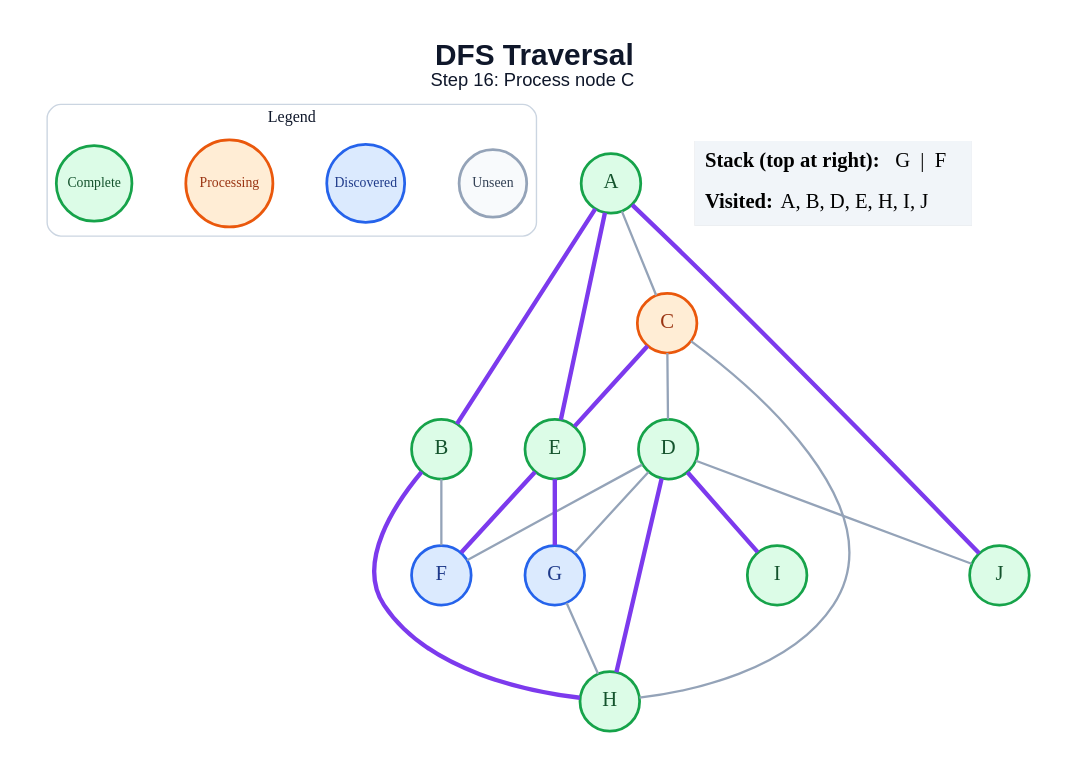
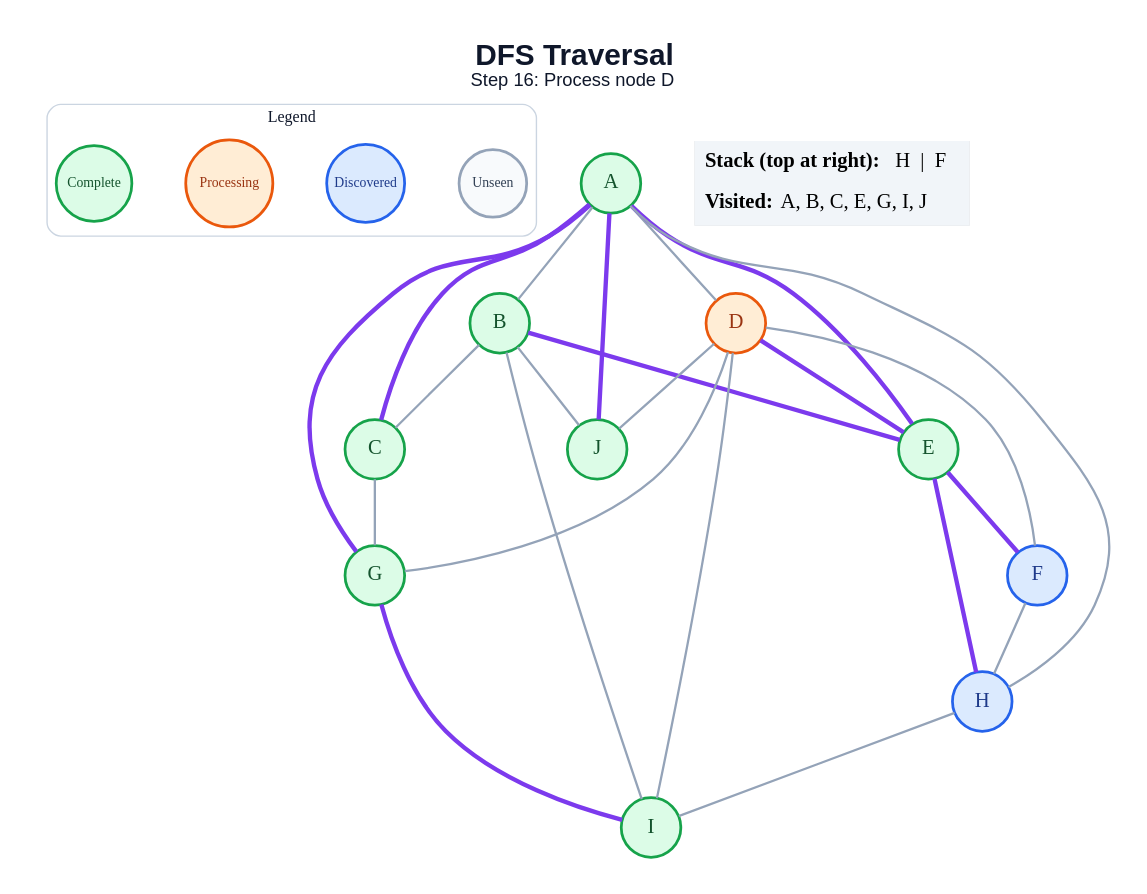
The diagram in generated/specific-node/dfs/step_16.dot (anon7238593-create/ai-slop), drawn with Graphviz before and after one commit. The commit also changed 171 other files, not shown here.

```diff
--- a/generated/specific-node/dfs/step_16.dot
+++ b/generated/specific-node/dfs/step_16.dot
@@ -1,46 +1,51 @@
 graph traversal {
   graph [layout=dot, rankdir=TB, bgcolor="#FFFFFF", pad="0.35", nodesep="0.65", ranksep="0.8", fontname="Arial"];
   node [shape=circle, style="filled", fontname="Arial Bold", fontsize=18, width=0.72, fixedsize=true, penwidth=2.4];
   edge [color="#94A3B8", penwidth=2.0];
-  label=<<B>DFS Traversal</B><BR/><FONT POINT-SIZE="16">Step 16: Process node C</FONT>>; labelloc="t"; fontsize=26; fontname="Arial"; fontcolor="#0F172A";
+  label=<<B>DFS Traversal</B><BR/><FONT POINT-SIZE="16">Step 16: Process node D</FONT>>; labelloc="t"; fontsize=26; fontname="Arial"; fontcolor="#0F172A";
   subgraph cluster_legend { label="Legend"; color="#CBD5E1"; penwidth=1.2; style="rounded"; fontsize=14; fontname="Arial Bold";
     key_unseen [label="Unseen", fillcolor="#F8FAFC", color="#94A3B8", fontcolor="#334155", fontsize=12, width=0.82];
     key_frontier [label="Discovered", fillcolor="#DBEAFE", color="#2563EB", fontcolor="#1E3A8A", fontsize=12, width=0.95];
     key_current [label="Processing", fillcolor="#FFEDD5", color="#EA580C", fontcolor="#9A3412", fontsize=12, width=1.05];
     key_done [label="Complete", fillcolor="#DCFCE7", color="#16A34A", fontcolor="#14532D", fontsize=12, width=0.92];
     { rank=same; key_unseen; key_frontier; key_current; key_done; }
   }
   A [fillcolor="#DCFCE7", color="#16A34A", fontcolor="#14532D"];
   B [fillcolor="#DCFCE7", color="#16A34A", fontcolor="#14532D"];
-  C [fillcolor="#FFEDD5", color="#EA580C", fontcolor="#9A3412"];
-  D [fillcolor="#DCFCE7", color="#16A34A", fontcolor="#14532D"];
+  C [fillcolor="#DCFCE7", color="#16A34A", fontcolor="#14532D"];
+  D [fillcolor="#FFEDD5", color="#EA580C", fontcolor="#9A3412"];
   E [fillcolor="#DCFCE7", color="#16A34A", fontcolor="#14532D"];
   F [fillcolor="#DBEAFE", color="#2563EB", fontcolor="#1E3A8A"];
-  G [fillcolor="#DBEAFE", color="#2563EB", fontcolor="#1E3A8A"];
-  H [fillcolor="#DCFCE7", color="#16A34A", fontcolor="#14532D"];
+  G [fillcolor="#DCFCE7", color="#16A34A", fontcolor="#14532D"];
+  H [fillcolor="#DBEAFE", color="#2563EB", fontcolor="#1E3A8A"];
   I [fillcolor="#DCFCE7", color="#16A34A", fontcolor="#14532D"];
   J [fillcolor="#DCFCE7", color="#16A34A", fontcolor="#14532D"];
-  A -- B [color="#7C3AED", penwidth=3.8];
-  A -- C;
+  A -- B;
+  A -- C [color="#7C3AED", penwidth=3.8];
+  A -- D;
   A -- E [color="#7C3AED", penwidth=3.8];
+  A -- G [color="#7C3AED", penwidth=3.8];
+  A -- H;
   A -- J [color="#7C3AED", penwidth=3.8];
-  B -- F;
-  B -- H [color="#7C3AED", penwidth=3.8];
-  C -- D;
-  C -- E [color="#7C3AED", penwidth=3.8];
-  C -- H;
+  B -- C;
+  B -- E [color="#7C3AED", penwidth=3.8];
+  B -- I;
+  B -- J;
+  C -- G;
+  D -- E [color="#7C3AED", penwidth=3.8];
   D -- F;
   D -- G;
-  D -- H [color="#7C3AED", penwidth=3.8];
-  D -- I [color="#7C3AED", penwidth=3.8];
+  D -- I;
   D -- J;
   E -- F [color="#7C3AED", penwidth=3.8];
-  E -- G [color="#7C3AED", penwidth=3.8];
-  G -- H;
+  E -- H [color="#7C3AED", penwidth=3.8];
+  F -- H;
+  G -- I [color="#7C3AED", penwidth=3.8];
+  H -- I;
   status [shape=plain, fixedsize=false, width=0, height=0, margin=0, label=<
     <TABLE BORDER="0" CELLBORDER="0" CELLPADDING="7" BGCOLOR="#F1F5F9">
-      <TR><TD ALIGN="LEFT"><B>Stack (top at right):</B> G  |  F</TD></TR>
-      <TR><TD ALIGN="LEFT"><B>Visited:</B> A, B, D, E, H, I, J</TD></TR>
+      <TR><TD ALIGN="LEFT"><B>Stack (top at right):</B> H  |  F</TD></TR>
+      <TR><TD ALIGN="LEFT"><B>Visited:</B> A, B, C, E, G, I, J</TD></TR>
     </TABLE>
   >];
 }
```
